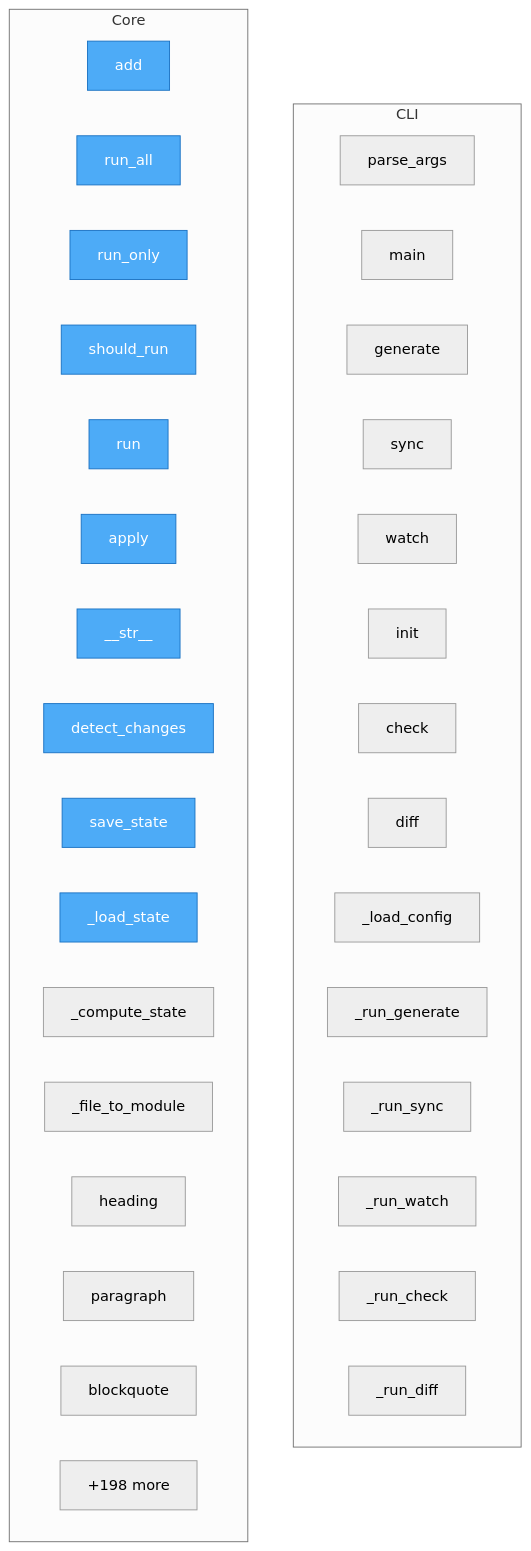
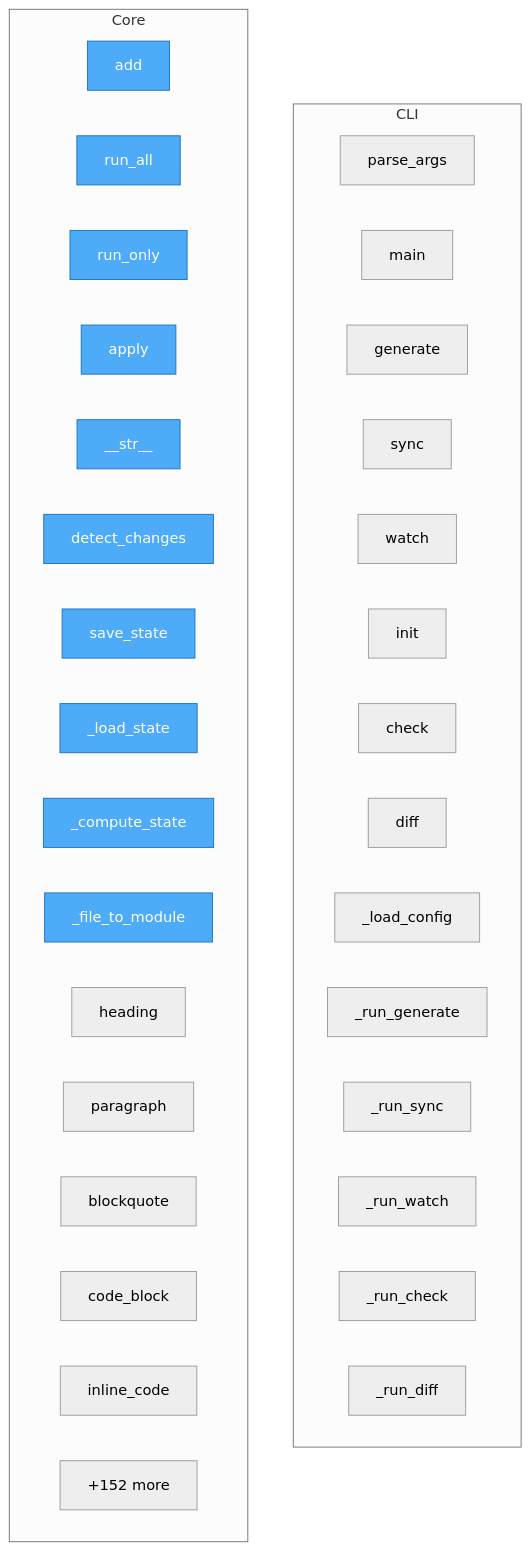
One commit to wronai/code2docs changed the diagram in project/flow.mmd. Above: the diagram before and after it, drawn with Mermaid (neutral theme). The commit also changed 37 other files, not shown here.

```diff
--- a/project/flow.mmd
+++ b/project/flow.mmd
@@ -1,42 +1,42 @@
 flowchart TD
 
     %% Entry points (blue)
     classDef entry fill:#4dabf7,stroke:#1971c2,color:#fff
 
     subgraph CLI
         code2docs__cli__DefaultGroup__parse_args["parse_args"]
         code2docs__cli__main["main"]
         code2docs__cli__generate["generate"]
         code2docs__cli__sync["sync"]
         code2docs__cli__watch["watch"]
         code2docs__cli__init["init"]
         code2docs__cli__check["check"]
         code2docs__cli__diff["diff"]
         code2docs__cli___load_config["_load_config"]
         code2docs__cli___run_generate["_run_generate"]
         code2docs__cli___run_sync["_run_sync"]
         code2docs__cli___run_watch["_run_watch"]
         code2docs__cli___run_check["_run_check"]
         code2docs__cli___run_diff["_run_diff"]
     end
 
     subgraph Core
         code2docs__registry__GeneratorRegistry__add["add"]
         code2docs__registry__GeneratorRegistry__run_all["run_all"]
         code2docs__registry__GeneratorRegistry__run_only["run_only"]
-        code2docs__base__BaseGenerator__should_run["should_run"]
-        code2docs__base__BaseGenerator__run["run"]
         code2docs__sync__updater__Updater__apply["apply"]
         code2docs__sync__differ__ChangeInfo____str__["__str__"]
         code2docs__sync__differ__Differ__detect_changes["detect_changes"]
         code2docs__sync__differ__Differ__save_state["save_state"]
         code2docs__sync__differ__Differ___load_state["_load_state"]
         code2docs__sync__differ__Differ___compute_state["_compute_state"]
         code2docs__sync__differ__Differ___file_to_module["_file_to_module"]
         code2docs__formatters__markdown__MarkdownFormatter__heading["heading"]
         code2docs__formatters__markdown__MarkdownFormatter__paragraph["paragraph"]
         code2docs__formatters__markdown__MarkdownFormatter__blockquote["blockquote"]
-        ...["+198 more"]
+        code2docs__formatters__markdown__MarkdownFormatter__code_block["code_block"]
+        code2docs__formatters__markdown__MarkdownFormatter__inline_code["inline_code"]
+        ...["+152 more"]
     end
 
-    class code2docs__registry__GeneratorRegistry__add,code2docs__registry__GeneratorRegistry__run_all,code2docs__registry__GeneratorRegistry__run_only,code2docs__base__BaseGenerator__should_run,code2docs__base__BaseGenerator__run,code2docs__sync__updater__Updater__apply,code2docs__sync__differ__ChangeInfo____str__,code2docs__sync__differ__Differ__detect_changes,code2docs__sync__differ__Differ__save_state,code2docs__sync__differ__Differ___load_state entry
+    class code2docs__registry__GeneratorRegistry__add,code2docs__registry__GeneratorRegistry__run_all,code2docs__registry__GeneratorRegistry__run_only,code2docs__sync__updater__Updater__apply,code2docs__sync__differ__ChangeInfo____str__,code2docs__sync__differ__Differ__detect_changes,code2docs__sync__differ__Differ__save_state,code2docs__sync__differ__Differ___load_state,code2docs__sync__differ__Differ___compute_state,code2docs__sync__differ__Differ___file_to_module entry
```
